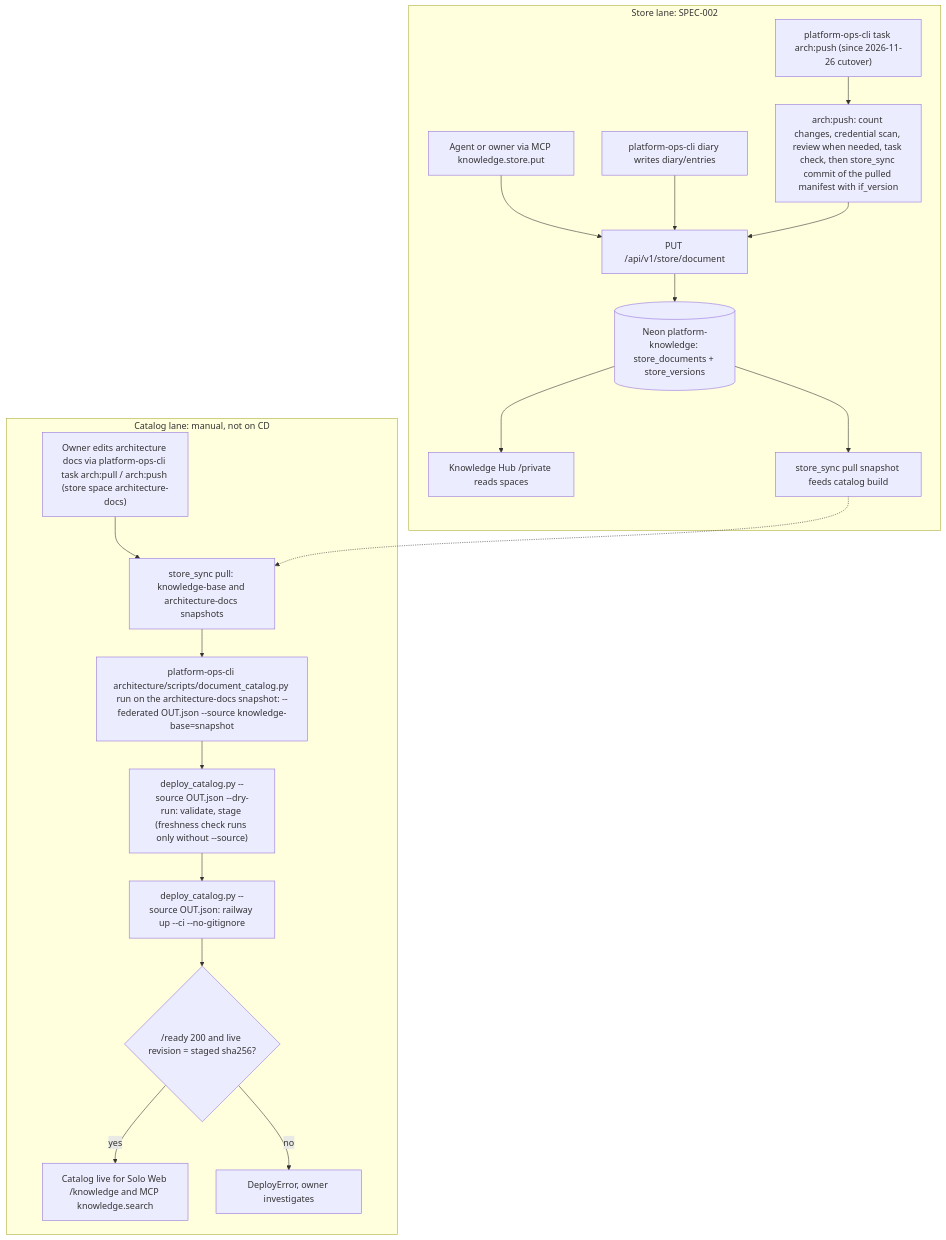
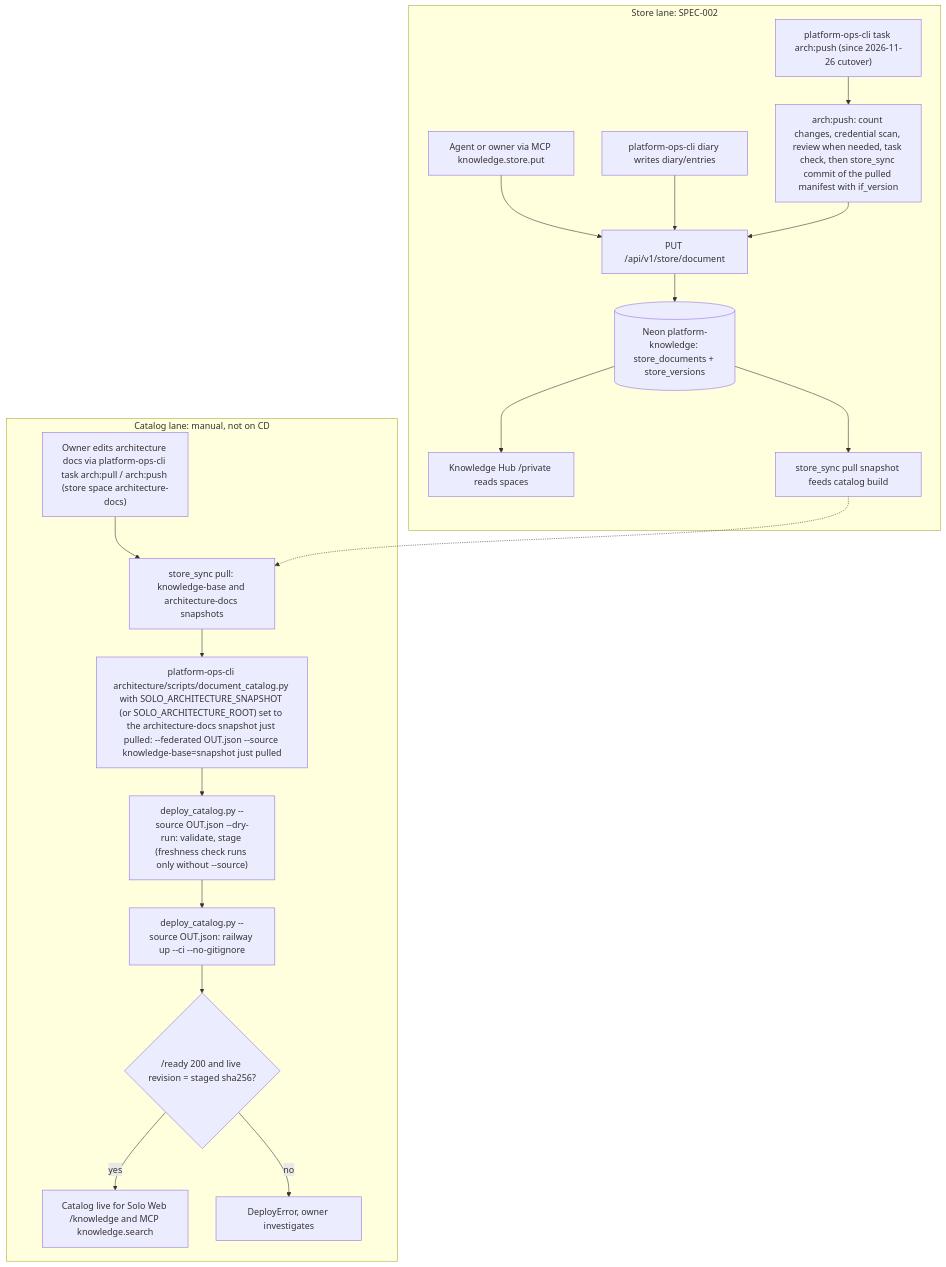
Before and after one commit to bookchaowalit/platform-knowledge-api: the first of 2 diagrams in docs/diagrams/01-business-process.md, drawn with Mermaid. The commit also changed other lines of this file, not shown here.

Commit message:
docs(diagrams): catalog root from the pulled snapshot; G3 evidence

````diff
--- a/docs/diagrams/01-business-process.md
+++ b/docs/diagrams/01-business-process.md
@@ -9,22 +9,22 @@
 ```mermaid
 flowchart TD
   subgraph CATALOG["Catalog lane: manual, not on CD"]
     A1["Owner edits architecture docs via platform-ops-cli task arch:pull / arch:push (store space architecture-docs)"] --> A2["store_sync pull: knowledge-base and architecture-docs snapshots"]
-    A2 --> A3["platform-ops-cli architecture/scripts/document_catalog.py run on the architecture-docs snapshot: --federated OUT.json --source knowledge-base=snapshot"]
+    A2 --> A3["platform-ops-cli architecture/scripts/document_catalog.py with SOLO_ARCHITECTURE_SNAPSHOT (or SOLO_ARCHITECTURE_ROOT) set to the architecture-docs snapshot just pulled: --federated OUT.json --source knowledge-base=snapshot just pulled"]
     A3 --> A4["deploy_catalog.py --source OUT.json --dry-run: validate, stage (freshness check runs only without --source)"]
     A4 --> A5["deploy_catalog.py --source OUT.json: railway up --ci --no-gitignore"]
     A5 --> A6{"/ready 200 and live revision = staged sha256?"}
     A6 -->|"yes"| A7["Catalog live for Solo Web /knowledge and MCP knowledge.search"]
     A6 -->|"no"| A8["DeployError, owner investigates"]
   end
   subgraph STORE["Store lane: SPEC-002"]
     B1["Agent or owner via MCP knowledge.store.put"] --> B3["PUT /api/v1/store/document"]
     B2["platform-ops-cli diary writes diary/entries"] --> B3
     B4["platform-ops-cli task arch:push (since 2026-11-26 cutover)"] --> B5["arch:push: count changes, credential scan, review when needed, task check, then store_sync commit of the pulled manifest with if_version"]
     B5 --> B3
     B3 --> B6[("Neon platform-knowledge: store_documents + store_versions")]
     B6 --> B7["Knowledge Hub /private reads spaces"]
     B6 --> B8["store_sync pull snapshot feeds catalog build"]
   end
   B8 -.-> A2
 ```
````
